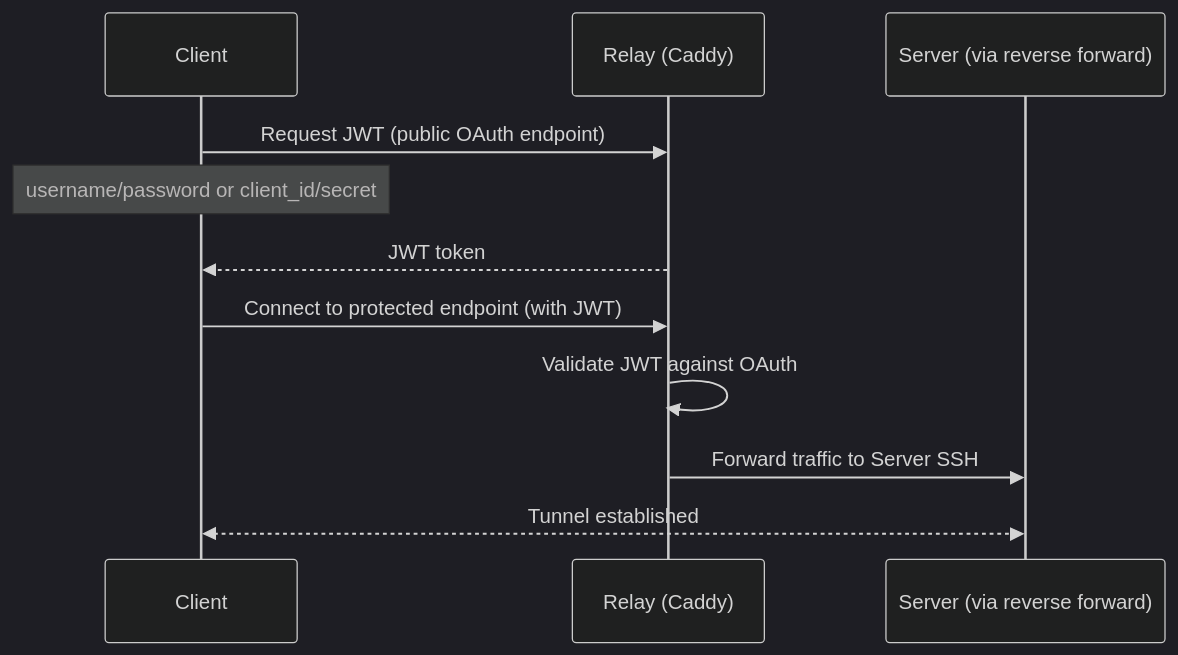
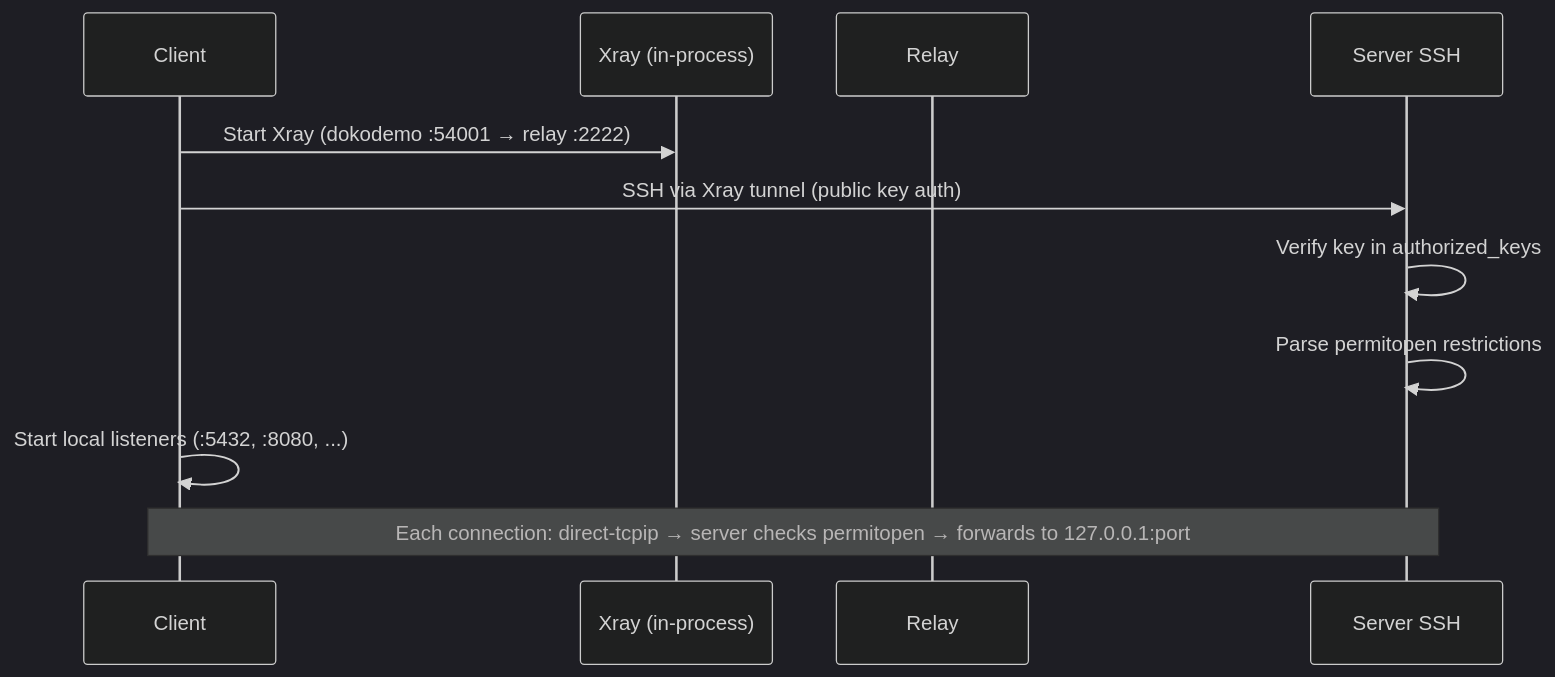
One commit to alicommit-malp/Tunnel-Whisperer changed the fifth of 5 diagrams in docs/architecture/tw-arch-arc42.md. Above: the diagram before and after it, drawn with Mermaid (dark theme). The commit also changed other lines of this file and 1 other file, not shown here.

````diff
--- a/docs/architecture/tw-arch-arc42.md
+++ b/docs/architecture/tw-arch-arc42.md
@@ -204,15 +241,14 @@
 ```mermaid
 sequenceDiagram
     participant CL as Client
-    participant R as Relay (Caddy)
-    participant S as Server (via reverse forward)
+    participant X as Xray (in-process)
+    participant R as Relay
+    participant S as Server SSH
 
-    CL ->> R: Request JWT (public OAuth endpoint)
-    Note over CL: username/password or client_id/secret
-    R -->> CL: JWT token
-
-    CL ->> R: Connect to protected endpoint (with JWT)
-    R ->> R: Validate JWT against OAuth
-    R ->> S: Forward traffic to Server SSH
-    CL <<-->> S: Tunnel established
+    CL ->> X: Start Xray (dokodemo :54001 → relay :2222)
+    CL ->> S: SSH via Xray tunnel (public key auth)
+    S ->> S: Verify key in authorized_keys
+    S ->> S: Parse permitopen restrictions
+    CL ->> CL: Start local listeners (:5432, :8080, ...)
+    Note over CL,S: Each connection: direct-tcpip → server checks permitopen → forwards to 127.0.0.1:port
 ```
````
